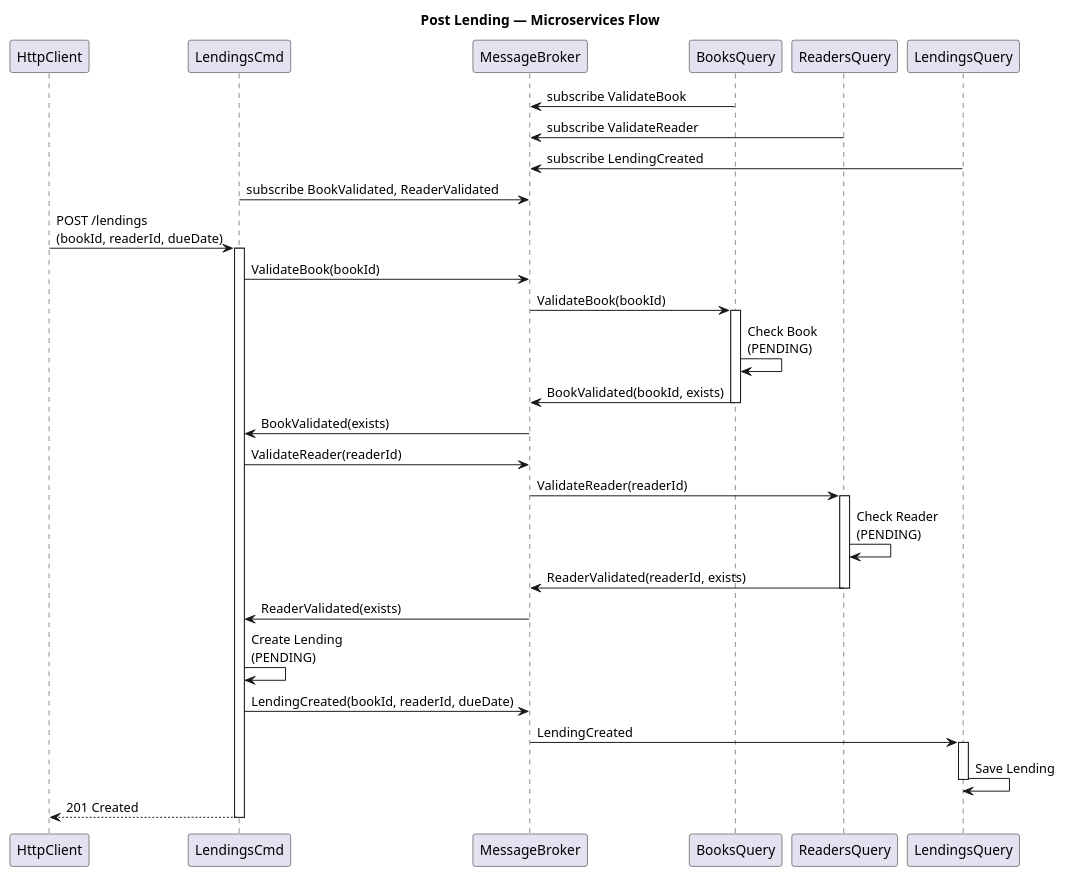
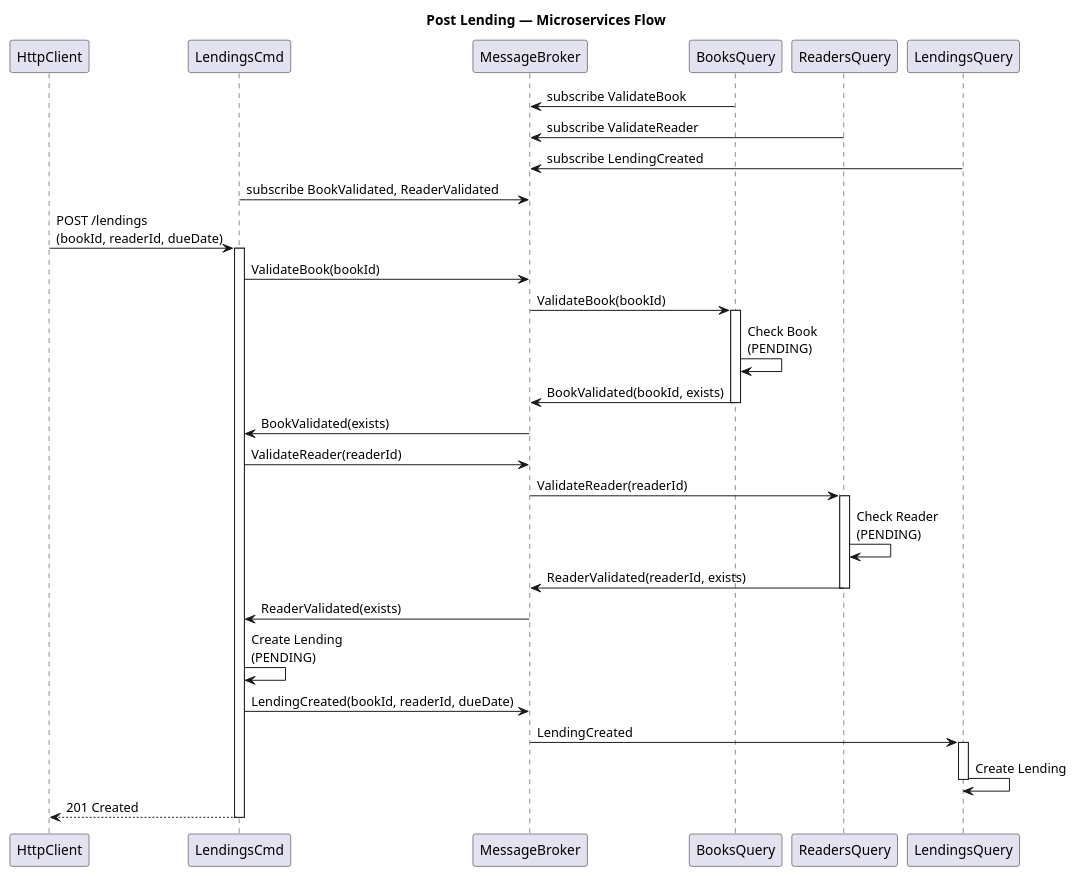
Before and after one commit to tiagomiguel55/lms-library: the diagram in Docs/Phase2/PostLendingSequence.puml, drawn with PlantUML. The commit also changed 36 other files, not shown here.

Commit message:
Post a new lending working. Creating a lending in both lending_command DB and lending_query DB

```diff
--- a/Docs/Phase2/PostLendingSequence.puml
+++ b/Docs/Phase2/PostLendingSequence.puml
@@ -1,48 +1,48 @@
 @startuml
 Title Post Lending — Microservices Flow
 
 participant HttpClient
 participant LendingsCmd
 participant MessageBroker
 participant BooksQuery
 participant ReadersQuery
 participant LendingsQuery
 
 BooksQuery -> MessageBroker: subscribe ValidateBook
 ReadersQuery -> MessageBroker: subscribe ValidateReader
 LendingsQuery -> MessageBroker: subscribe LendingCreated
 LendingsCmd -> MessageBroker: subscribe BookValidated, ReaderValidated
 
 HttpClient -> LendingsCmd: POST /lendings\n(bookId, readerId, dueDate)
 activate LendingsCmd
 
 LendingsCmd -> MessageBroker: ValidateBook(bookId)
 MessageBroker -> BooksQuery: ValidateBook(bookId)
 activate BooksQuery
 BooksQuery -> BooksQuery: Check Book\n(PENDING)
 BooksQuery -> MessageBroker: BookValidated(bookId, exists)
 deactivate BooksQuery
 
 MessageBroker -> LendingsCmd: BookValidated(exists)
 
 LendingsCmd -> MessageBroker: ValidateReader(readerId)
 MessageBroker -> ReadersQuery: ValidateReader(readerId)
 activate ReadersQuery
 ReadersQuery -> ReadersQuery: Check Reader\n(PENDING)
 ReadersQuery -> MessageBroker: ReaderValidated(readerId, exists)
 deactivate ReadersQuery
 
 MessageBroker -> LendingsCmd: ReaderValidated(exists)
 
 
 LendingsCmd -> LendingsCmd: Create Lending\n(PENDING)
 LendingsCmd -> MessageBroker: LendingCreated(bookId, readerId, dueDate)
 MessageBroker -> LendingsQuery: LendingCreated
 activate LendingsQuery
-LendingsQuery -> LendingsQuery: Save Lending
+LendingsQuery -> LendingsQuery: Create Lending
 deactivate LendingsQuery
 LendingsCmd --> HttpClient: 201 Created
 
 deactivate LendingsCmd
 
 @enduml
```
